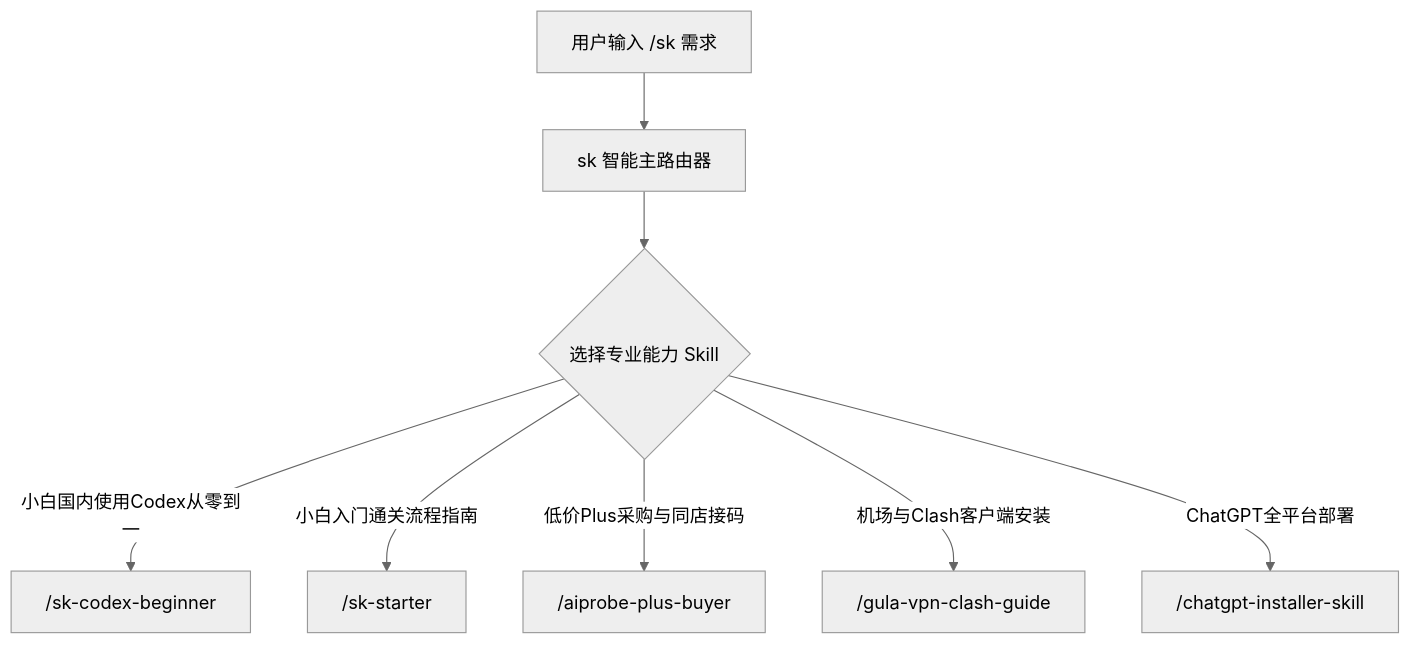
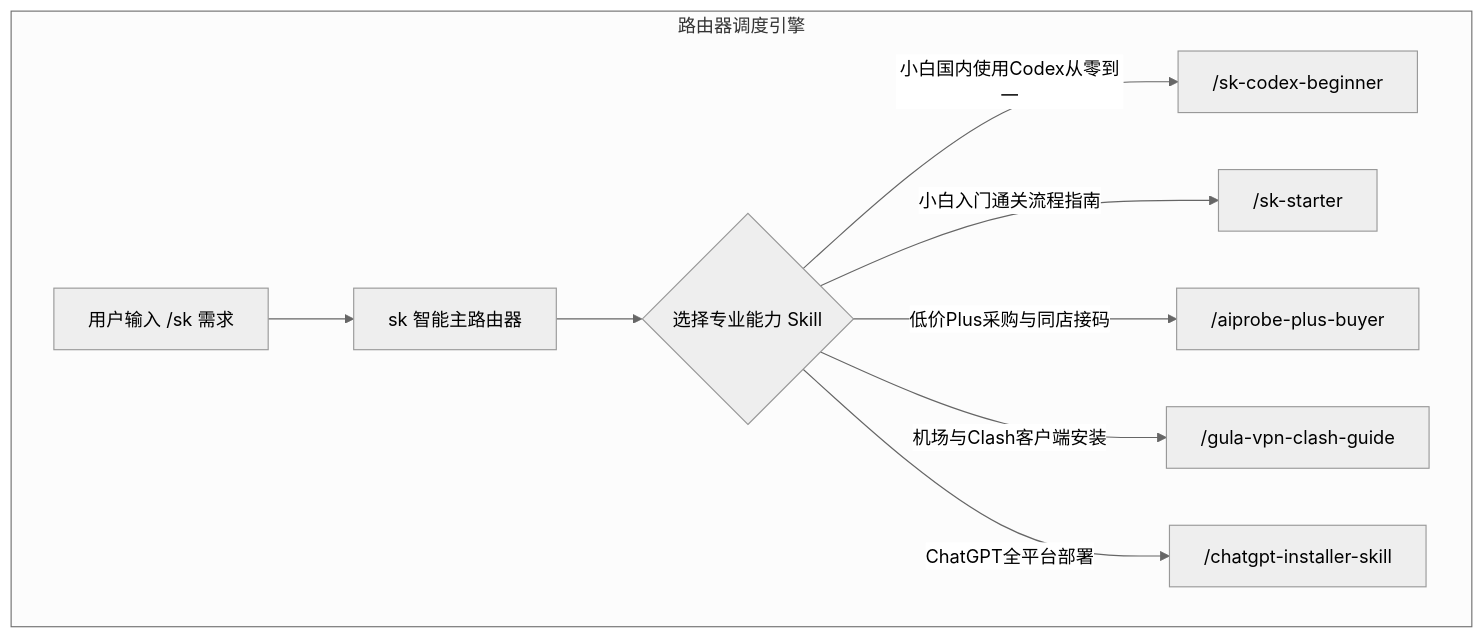
Before and after one commit to ss22219/skilldb: the diagram in README.md, drawn with Mermaid (neutral theme). The commit also changed other lines of this file and 1 other file, not shown here.

Commit message:
\ docs: clean up README.md and beginner guides to remove references to deleted skills\

````diff
--- a/README.md
+++ b/README.md
@@ -13,10 +13,12 @@
 ```mermaid
 flowchart TD
-    A[用户输入 /sk 需求] --> B[sk 智能主路由器]
-    B --> C{选择专业能力 Skill}
-    C -->|小白国内使用Codex从零到一| D["/sk-codex-beginner"]
-    C -->|小白入门通关流程指南| E["/sk-starter"]
-    C -->|低价Plus采购与同店接码| F["/aiprobe-plus-buyer"]
-    C -->|机场与Clash客户端安装| G["/gula-vpn-clash-guide"]
-    C -->|ChatGPT全平台部署| H["/chatgpt-installer-skill"]
+    subgraph router ["路由器调度引擎"]
+        A[用户输入 /sk 需求] --> B[sk 智能主路由器]
+        B --> C{选择专业能力 Skill}
+        C -->|小白国内使用Codex从零到一| D["/sk-codex-beginner"]
+        C -->|小白入门通关流程指南| E["/sk-starter"]
+        C -->|低价Plus采购与同店接码| F["/aiprobe-plus-buyer"]
+        C -->|机场与Clash客户端安装| G["/gula-vpn-clash-guide"]
+        C -->|ChatGPT全平台部署| H["/chatgpt-installer-skill"]
+    end
 ```
````
